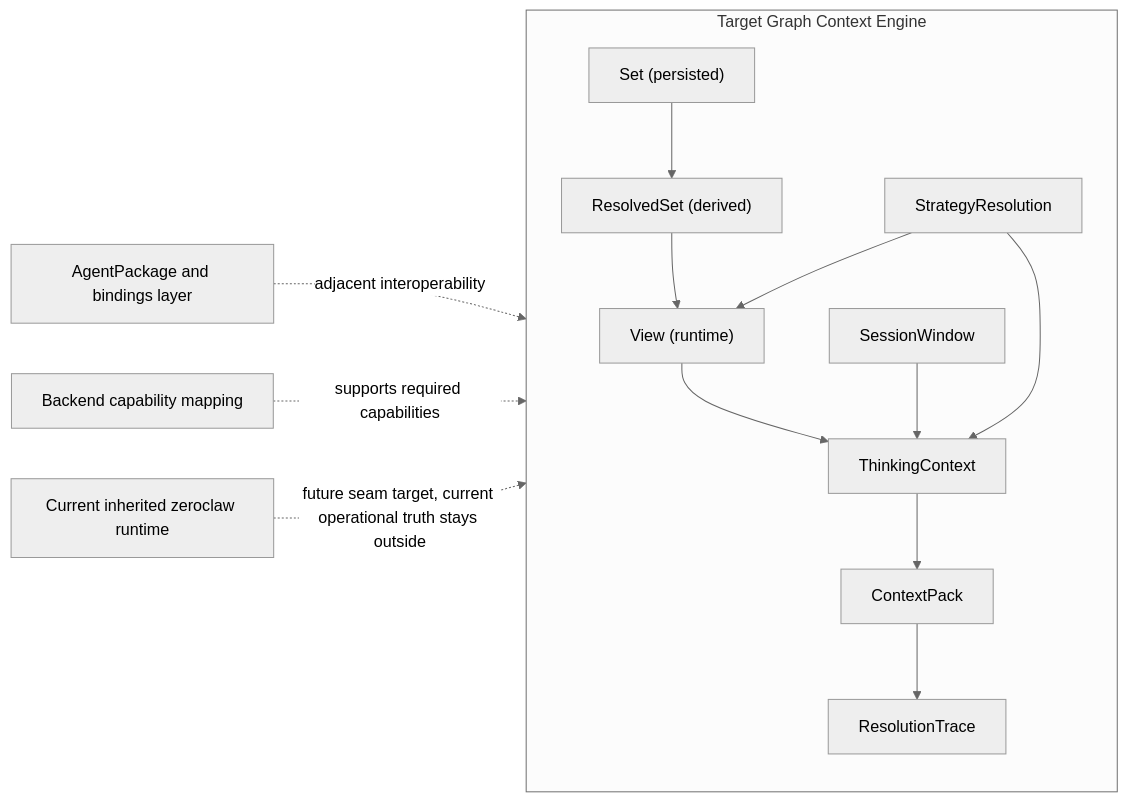
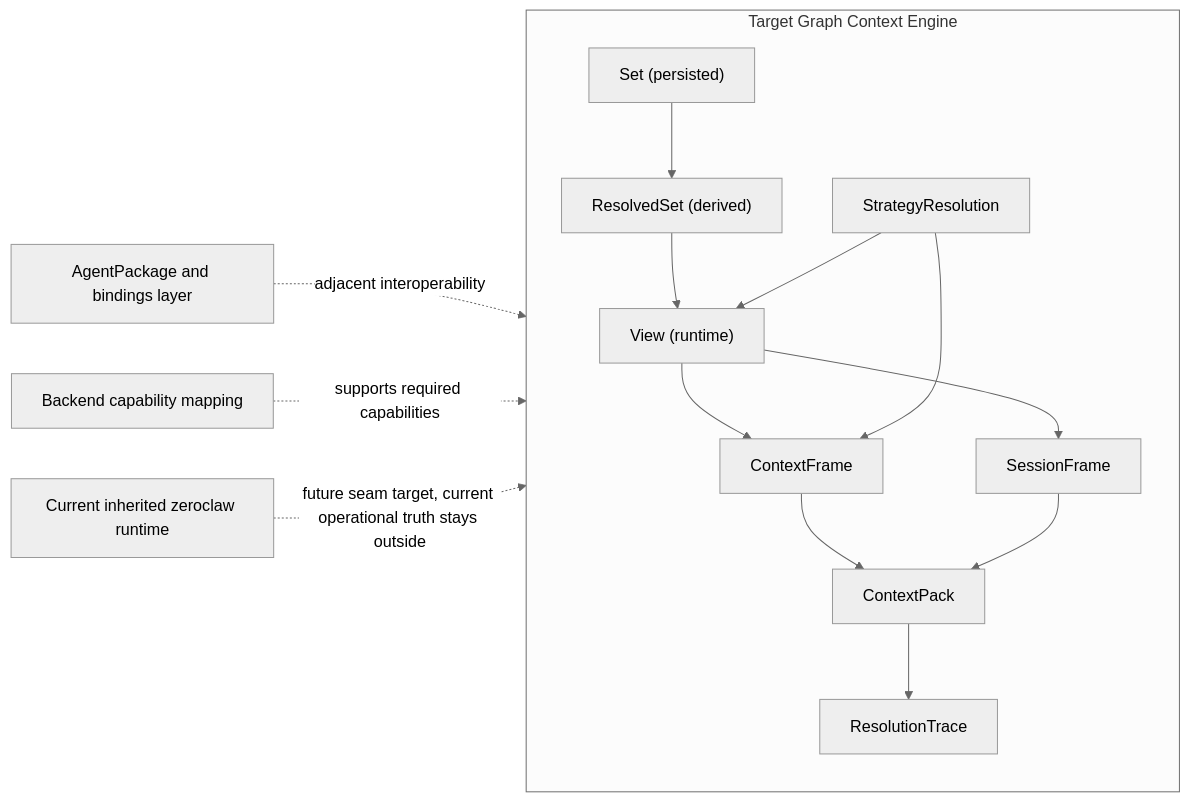
Before and after one commit to ZEDIUM-Off/graphclaw: the diagram in docs/architecture/concepts/graph-context-engine.md, drawn with Mermaid (neutral theme). The commit also changed other lines of this file and 35 other files, not shown here.

Commit message:
docs: align context frames and GoT architecture

````diff
--- a/docs/architecture/concepts/graph-context-engine.md
+++ b/docs/architecture/concepts/graph-context-engine.md
@@ -61,30 +61,31 @@
 ```mermaid
 flowchart LR
     subgraph GC[Target Graph Context Engine]
         ST["Set (persisted)"]
         RS["ResolvedSet (derived)"]
         V["View (runtime)"]
         SR[StrategyResolution]
-        W[SessionWindow]
-        T[ThinkingContext]
+        CF[ContextFrame]
+        SF[SessionFrame]
         P[ContextPack]
         R[ResolutionTrace]
 
         ST --> RS
         RS --> V
         SR --> V
-        SR --> T
-        W --> T
-        V --> T
-        T --> P
+        V --> CF
+        V --> SF
+        SR --> CF
+        CF --> P
+        SF --> P
         P --> R
     end
 
     PKG[AgentPackage and bindings layer]
     BE[Backend capability mapping]
     RT[Current inherited zeroclaw runtime]
 
     PKG -. adjacent interoperability .-> GC
     BE -. supports required capabilities .-> GC
     RT -. future seam target, current operational truth stays outside .-> GC
 ```
````
